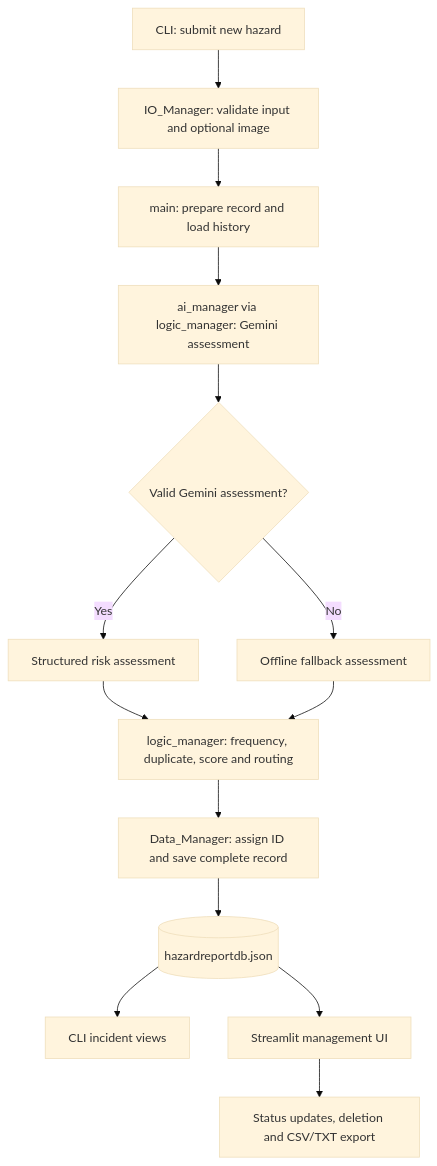
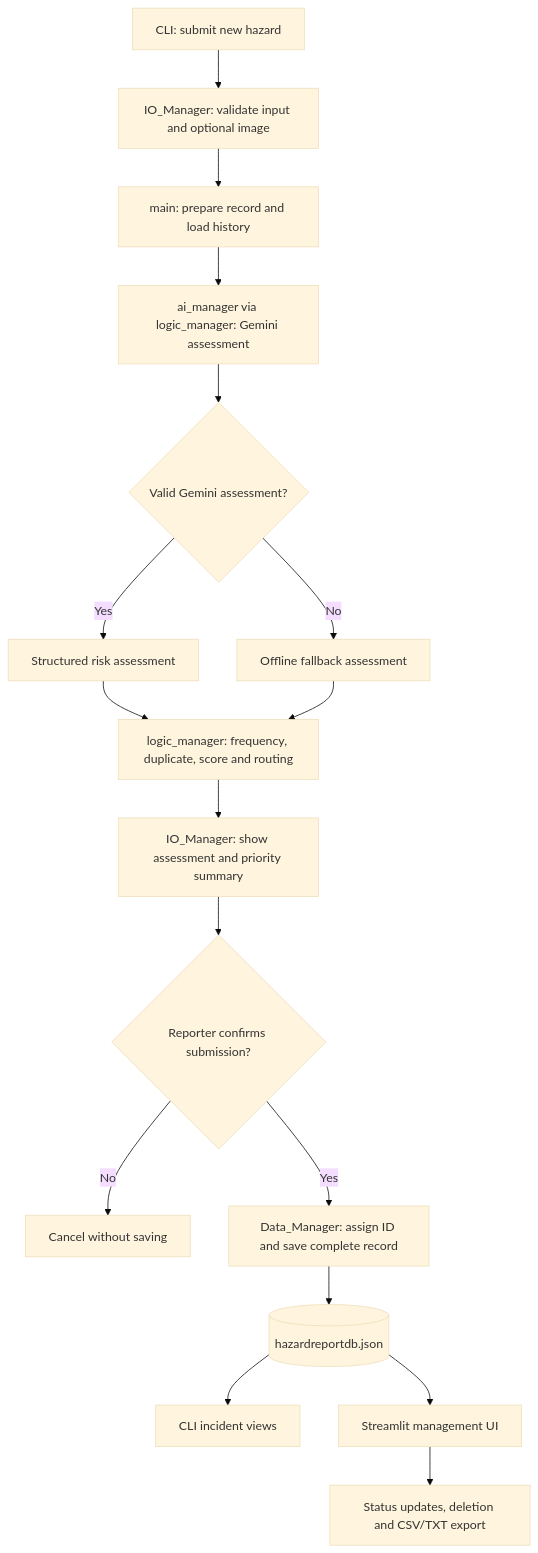
Before and after one commit to 2603229/INF1103_P3_T4: the diagram in README.md, drawn with Mermaid (base theme). The commit also changed other lines of this file, not shown here.

Commit message:
docs: update architecture, AI processing and automated testing

````diff
--- a/README.md
+++ b/README.md
@@ -71,16 +77,19 @@
 ```mermaid
 flowchart TD
     A[CLI: submit new hazard] --> B[IO_Manager: validate input and optional image]
     B --> C[main: prepare record and load history]
     C --> D[ai_manager via logic_manager: Gemini assessment]
     D --> E{Valid Gemini assessment?}
     E -->|Yes| F[Structured risk assessment]
     E -->|No| G[Offline fallback assessment]
     F --> H[logic_manager: frequency, duplicate, score and routing]
     G --> H
-    H --> I[Data_Manager: assign ID and save complete record]
+    H --> P[IO_Manager: show assessment and priority summary]
+    P --> Q{Reporter confirms submission?}
+    Q -->|No| X[Cancel without saving]
+    Q -->|Yes| I[Data_Manager: assign ID and save complete record]
     I --> J[(hazardreportdb.json)]
     J --> K[CLI incident views]
     J --> L[Streamlit management UI]
     L --> M[Status updates, deletion and CSV/TXT export]
 ```
````
